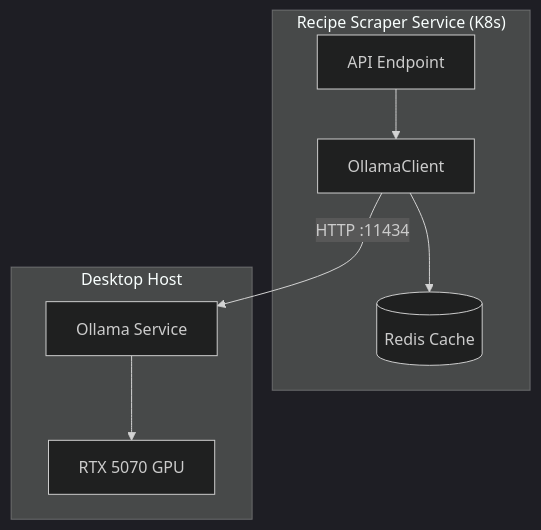
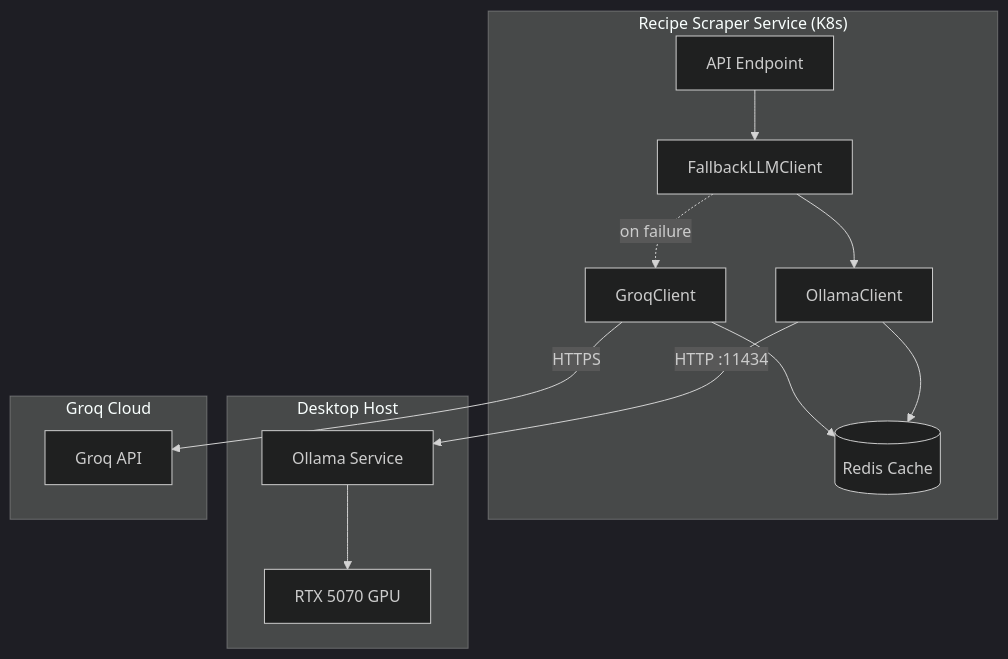
One commit to Recipe-Web-App/recipe-scraper-service changed diagram 11 of 16 in docs/architecture.md. Above: the diagram before and after it, drawn with Mermaid (dark theme). The commit also changed other lines of this file and 16 other files, not shown here.

````diff
--- a/docs/architecture.md
+++ b/docs/architecture.md
@@ -291,18 +291,28 @@
 ```mermaid
 flowchart TB
     subgraph Service["Recipe Scraper Service (K8s)"]
         API[API Endpoint]
-        LLMClient[OllamaClient]
+        Fallback[FallbackLLMClient]
+        Primary[OllamaClient]
+        Secondary[GroqClient]
         Cache[(Redis Cache)]
     end
 
     subgraph Host["Desktop Host"]
         Ollama[Ollama Service]
         GPU[RTX 5070 GPU]
     end
 
-    API --> LLMClient
-    LLMClient --> Cache
-    LLMClient -->|"HTTP :11434"| Ollama
+    subgraph Cloud["Groq Cloud"]
+        GroqAPI[Groq API]
+    end
+
+    API --> Fallback
+    Fallback --> Primary
+    Fallback -.->|"on failure"| Secondary
+    Primary --> Cache
+    Secondary --> Cache
+    Primary -->|"HTTP :11434"| Ollama
+    Secondary -->|"HTTPS"| GroqAPI
     Ollama --> GPU
 ```
````
